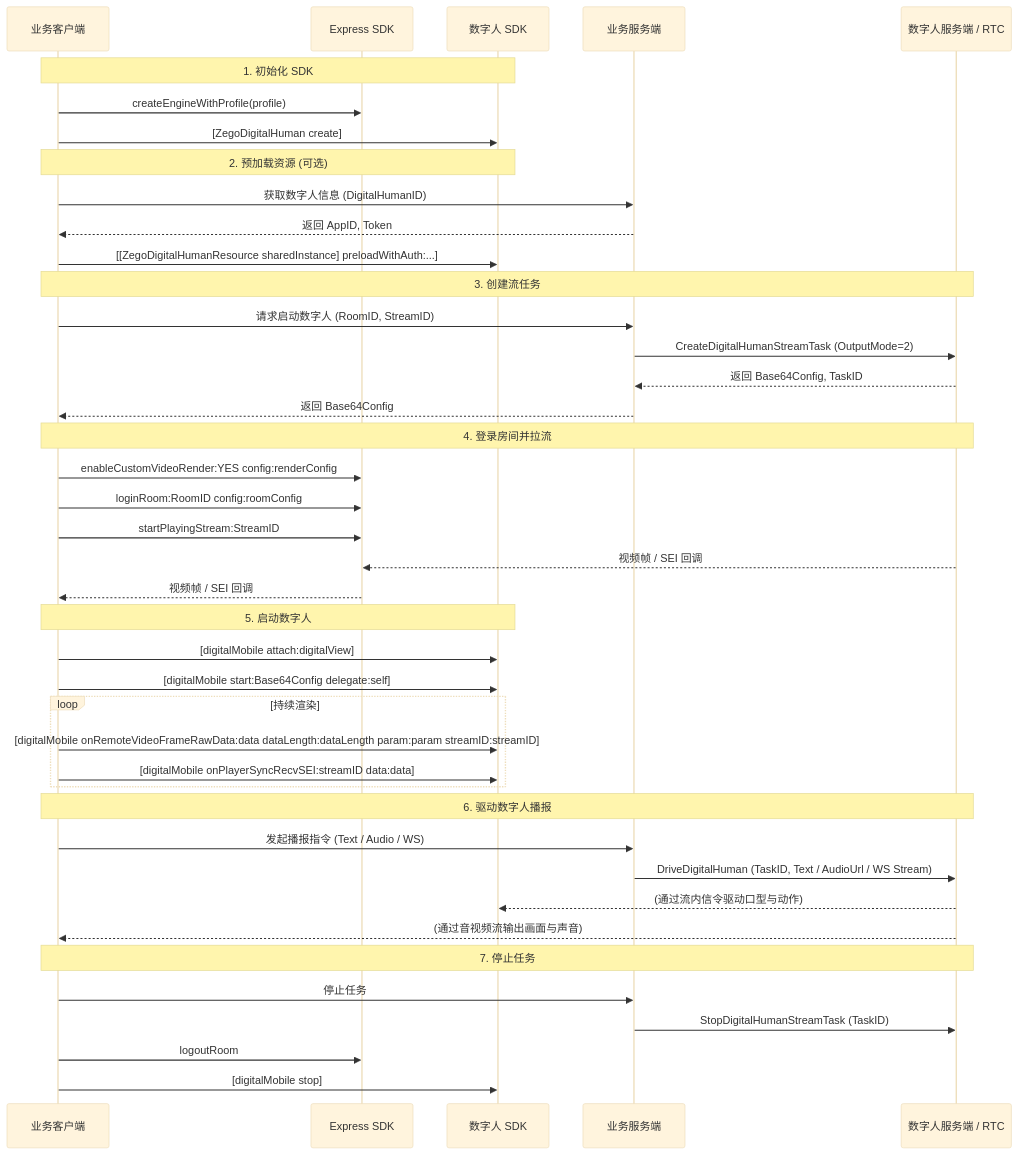
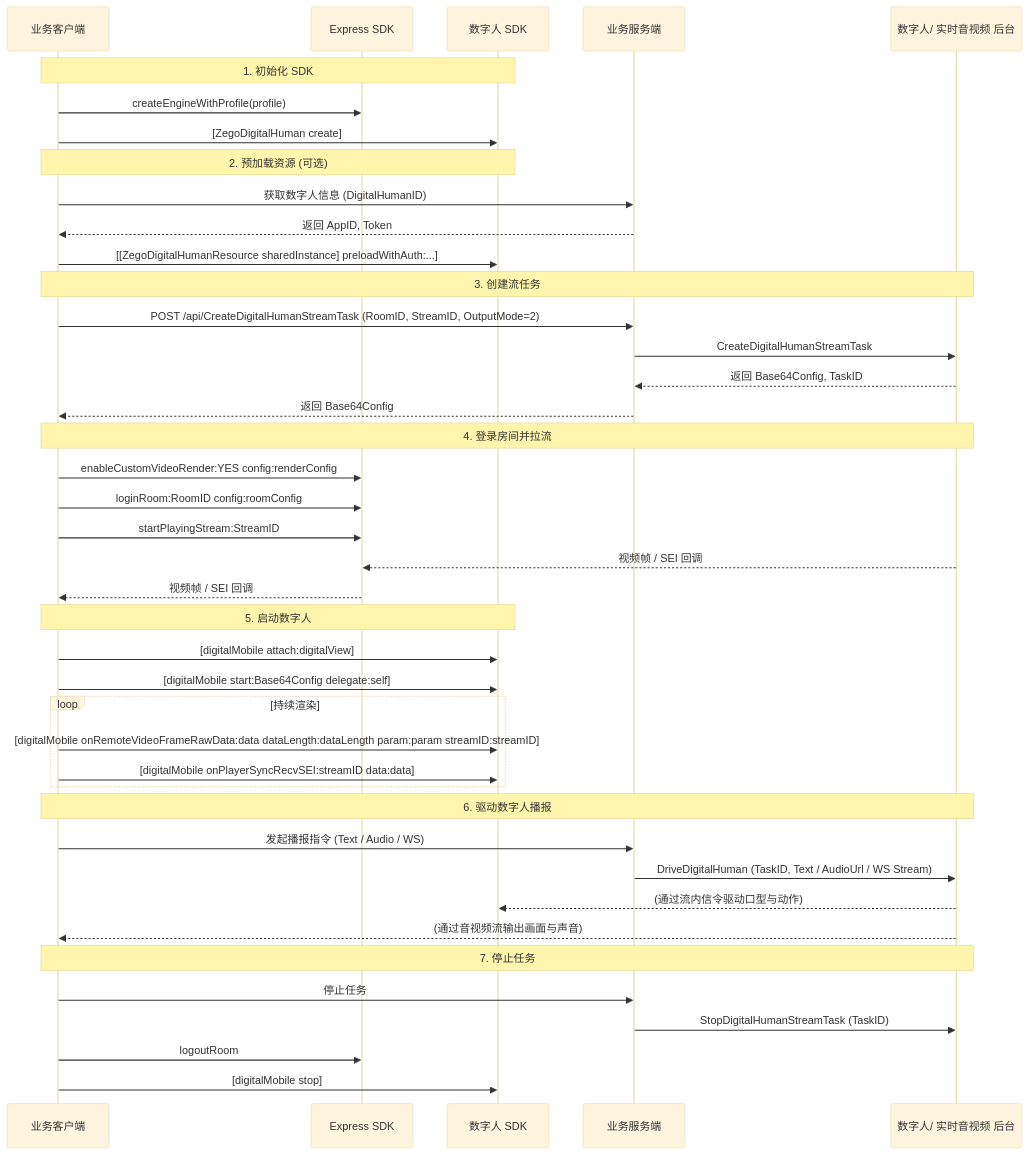
The second of 3 diagrams in core_products/digital-human/zh/android/quick-start.mdx (ZEGOCLOUD/docs_all), drawn with Mermaid (base theme) before and after one commit. The commit also changed other lines of this file and 8 other files, not shown here.

Commit message:
DigitalHuman: review quickstart

````diff
--- a/core_products/digital-human/zh/android/quick-start.mdx
+++ b/core_products/digital-human/zh/android/quick-start.mdx
@@ -138,50 +140,50 @@
 ```mermaid
 sequenceDiagram
     participant Client as 业务客户端
     participant Express as Express SDK
     participant DH_SDK as 数字人 SDK
     participant Server as 业务服务端
-    participant PaaS as 数字人服务端 / RTC
+    participant PaaS as 数字人/ 实时音视频 后台
 
     Note over Client, DH_SDK: 1. 初始化 SDK
     Client->>Express: createEngineWithProfile(profile)
     Client->>DH_SDK: [ZegoDigitalHuman create]
 
     Note over Client, DH_SDK: 2. 预加载资源 (可选)
     Client->>Server: 获取数字人信息 (DigitalHumanID)
     Server-->>Client: 返回 AppID, Token
     Client->>DH_SDK: [[ZegoDigitalHumanResource sharedInstance] preloadWithAuth:...]
 
     Note over Client, PaaS: 3. 创建流任务
-    Client->>Server: 请求启动数字人 (RoomID, StreamID)
-    Server->>PaaS: CreateDigitalHumanStreamTask (OutputMode=2)
+    Client->>Server: POST /api/CreateDigitalHumanStreamTask (RoomID, StreamID, OutputMode=2)
+    Server->>PaaS: CreateDigitalHumanStreamTask
     PaaS-->>Server: 返回 Base64Config, TaskID
     Server-->>Client: 返回 Base64Config
 
     Note over Client, PaaS: 4. 登录房间并拉流
     Client->>Express: enableCustomVideoRender:YES config:renderConfig
     Client->>Express: loginRoom:RoomID config:roomConfig
     Client->>Express: startPlayingStream:StreamID
     PaaS-->>Express: 视频帧 / SEI 回调
     Express-->>Client: 视频帧 / SEI 回调
 
     Note over Client, DH_SDK: 5. 启动数字人
     Client->>DH_SDK: [digitalMobile attach:digitalView]
     Client->>DH_SDK: [digitalMobile start:Base64Config delegate:self]
     loop 持续渲染
         Client->>DH_SDK: [digitalMobile onRemoteVideoFrameRawData:data dataLength:dataLength param:param streamID:streamID]
         Client->>DH_SDK: [digitalMobile onPlayerSyncRecvSEI:streamID data:data]
     end
 
     Note over Client, PaaS: 6. 驱动数字人播报
     Client->>Server: 发起播报指令 (Text / Audio / WS)
     Server->>PaaS: DriveDigitalHuman (TaskID, Text / AudioUrl / WS Stream)
     PaaS-->>DH_SDK: (通过流内信令驱动口型与动作)
     PaaS-->>Client: (通过音视频流输出画面与声音)
 
     Note over Client, PaaS: 7. 停止任务
     Client->>Server: 停止任务
     Server->>PaaS: StopDigitalHumanStreamTask (TaskID)
     Client->>Express: logoutRoom
     Client->>DH_SDK: [digitalMobile stop]
 ```
````
